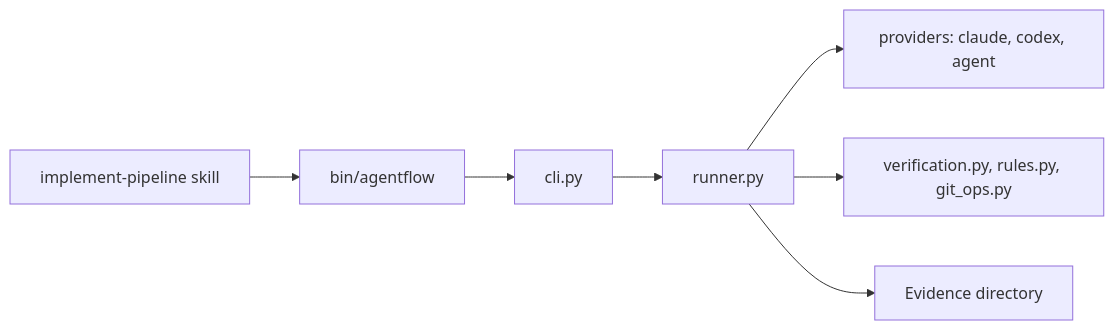
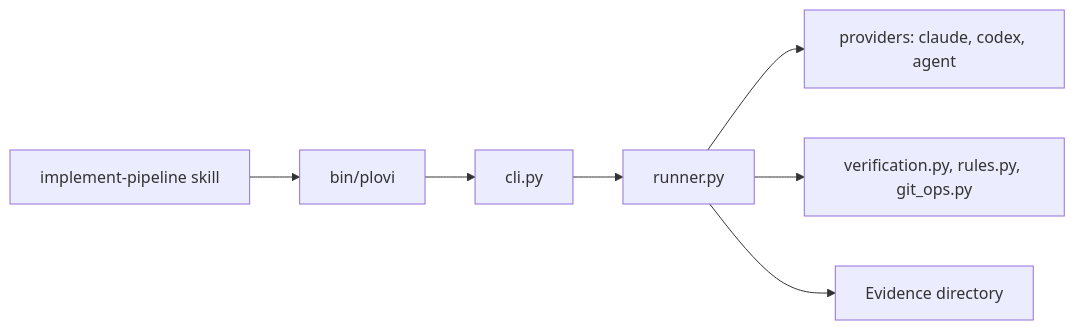
Before and after one commit to MarkoArsov/agent-workflow: the diagram in docs-data/diagrams/run-path.mmd, drawn with Mermaid. The commit also changed 457 other files, not shown here.

```diff
--- a/docs-data/diagrams/run-path.mmd
+++ b/docs-data/diagrams/run-path.mmd
@@ -1,8 +1,8 @@
 %% What runs when you start a run. Rendered by hand as run-path.html.
 flowchart LR
-    A[implement-pipeline skill] --> B[bin/agentflow]
+    A[implement-pipeline skill] --> B[bin/plovi]
     B --> C[cli.py]
     C --> D[runner.py]
     D --> E[providers: claude, codex, agent]
     D --> F[verification.py, rules.py, git_ops.py]
     D --> G[Evidence directory]
```
